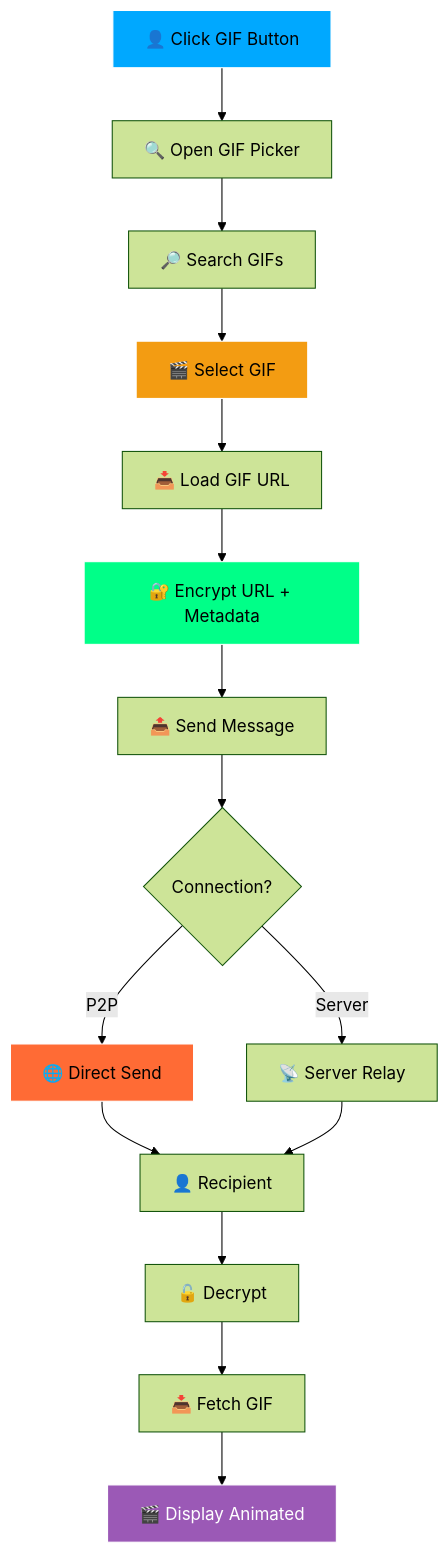
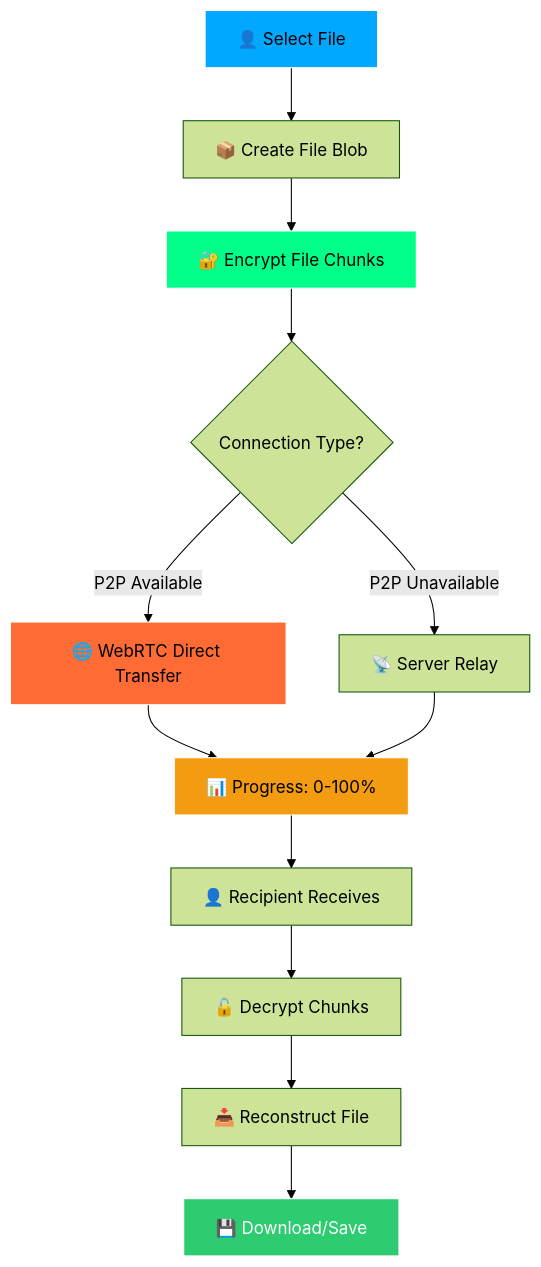
One commit to Hetpatel01021111/Eclipse changed the eighth of 9 diagrams in README.md. Above: the diagram before and after it, drawn with Mermaid (forest theme). The commit also changed other lines of this file, not shown here.

Commit message:
docs: create comprehensive README with detailed architecture, security, and deployment guides

````diff
--- a/README.md
+++ b/README.md
@@ -210,26 +618,23 @@
 ```mermaid
 graph TB
-    A[👤 Click GIF Button] --> B[🔍 Open GIF Picker]
-    B --> C[🔎 Search GIFs]
-    C --> D[🎬 Select GIF]
-    D --> E[📥 Load GIF URL]
-    E --> F[🔐 Encrypt URL + Metadata]
-    F --> G[📤 Send Message]
-    G --> H{Connection?}
+    A[👤 Select File] --> B[📦 Create File Blob]
+    B --> C[🔐 Encrypt File Chunks]
+    C --> D{Connection Type?}
     
-    H -->|P2P| I[🌐 Direct Send]
-    H -->|Server| J[📡 Server Relay]
+    D -->|P2P Available| E[🌐 WebRTC Direct Transfer]
+    D -->|P2P Unavailable| F[📡 Server Relay]
     
-    I --> K[👤 Recipient]
-    J --> K
+    E --> G[📊 Progress: 0-100%]
+    F --> G
     
-    K --> L[🔓 Decrypt]
-    L --> M[📥 Fetch GIF]
-    M --> N[🎬 Display Animated]
+    G --> H[👤 Recipient Receives]
+    H --> I[🔓 Decrypt Chunks]
+    I --> J[📥 Reconstruct File]
+    J --> K[💾 Download/Save]
     
     style A fill:#00a8ff,stroke:#fff,color:#000
-    style D fill:#f39c12,stroke:#fff,color:#000
-    style F fill:#00ff88,stroke:#fff,color:#000
-    style I fill:#ff6b35,stroke:#fff,color:#000
-    style N fill:#9b59b6,stroke:#fff,color:#fff
+    style C fill:#00ff88,stroke:#fff,color:#000
+    style E fill:#ff6b35,stroke:#fff,color:#000
+    style G fill:#f39c12,stroke:#fff,color:#000
+    style K fill:#2ecc71,stroke:#fff,color:#fff
 ```
````
